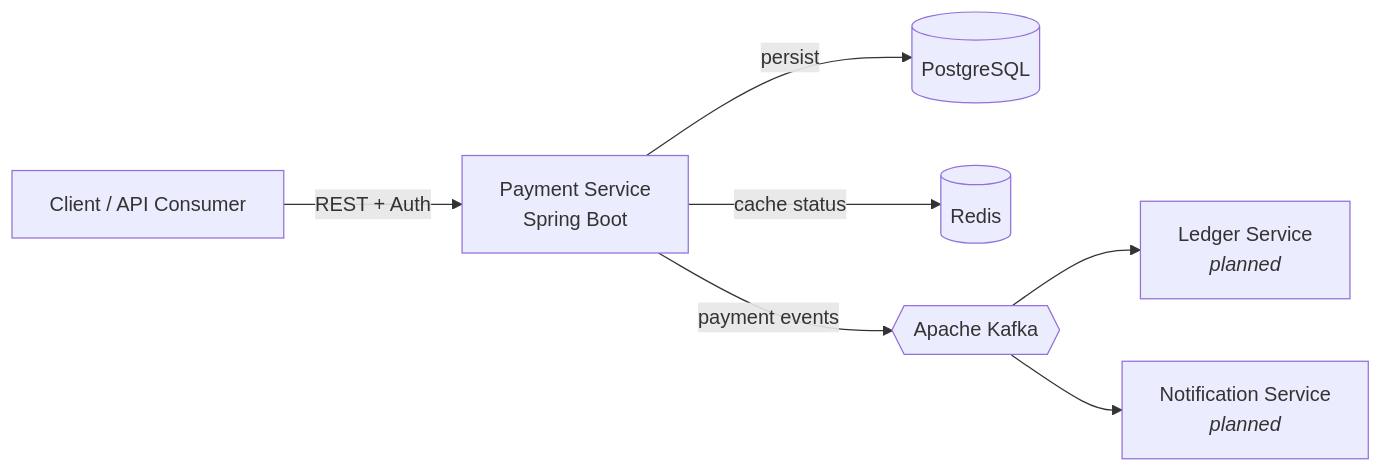
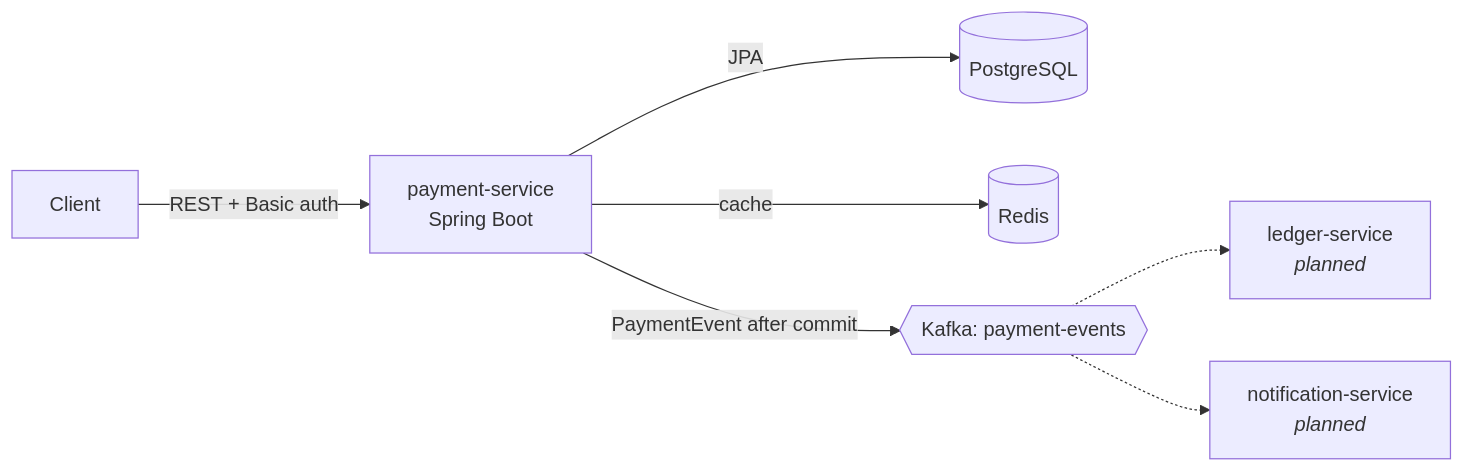
Before and after one commit to MaheshMandem/Finopsx: the diagram in README.md, drawn with Mermaid. The commit also changed other lines of this file, not shown here.

Commit message:
Update README: features, API, run instructions, CI badge

````diff
--- a/README.md
+++ b/README.md
@@ -28,9 +28,9 @@
 ```mermaid
 flowchart LR
-    C[Client / API Consumer] -->|REST + Auth| PS[Payment Service<br/>Spring Boot]
-    PS -->|persist| DB[(PostgreSQL)]
-    PS -->|cache status| R[(Redis)]
-    PS -->|payment events| K{{Apache Kafka}}
-    K --> L[Ledger Service<br/><i>planned</i>]
-    K --> N[Notification Service<br/><i>planned</i>]
+    C[Client] -->|REST + Basic auth| PS[payment-service<br/>Spring Boot]
+    PS -->|JPA| DB[(PostgreSQL)]
+    PS -->|cache| R[(Redis)]
+    PS -->|PaymentEvent after commit| K{{Kafka: payment-events}}
+    K -.-> L[ledger-service<br/><i>planned</i>]
+    K -.-> N[notification-service<br/><i>planned</i>]
 ```
````
